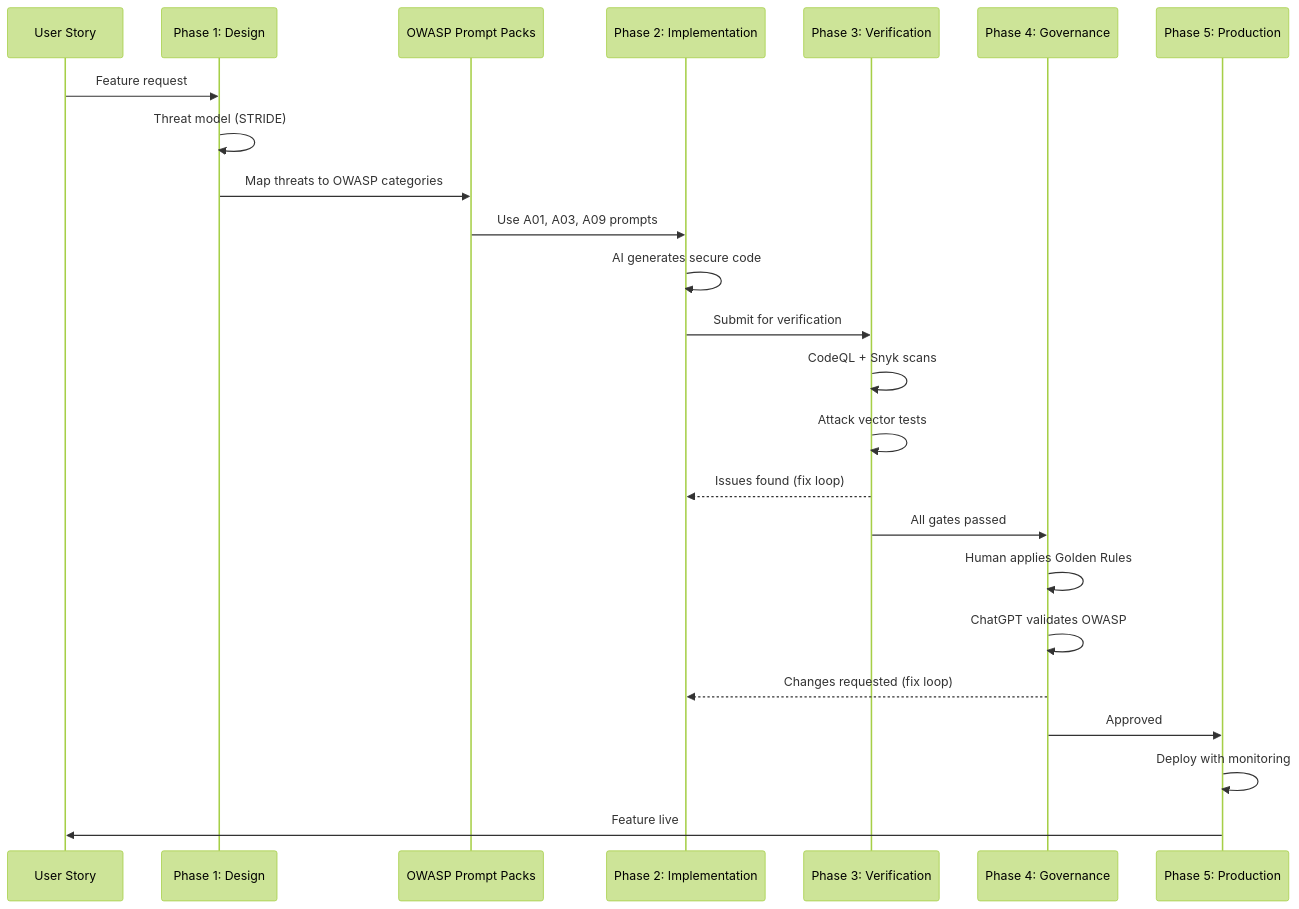
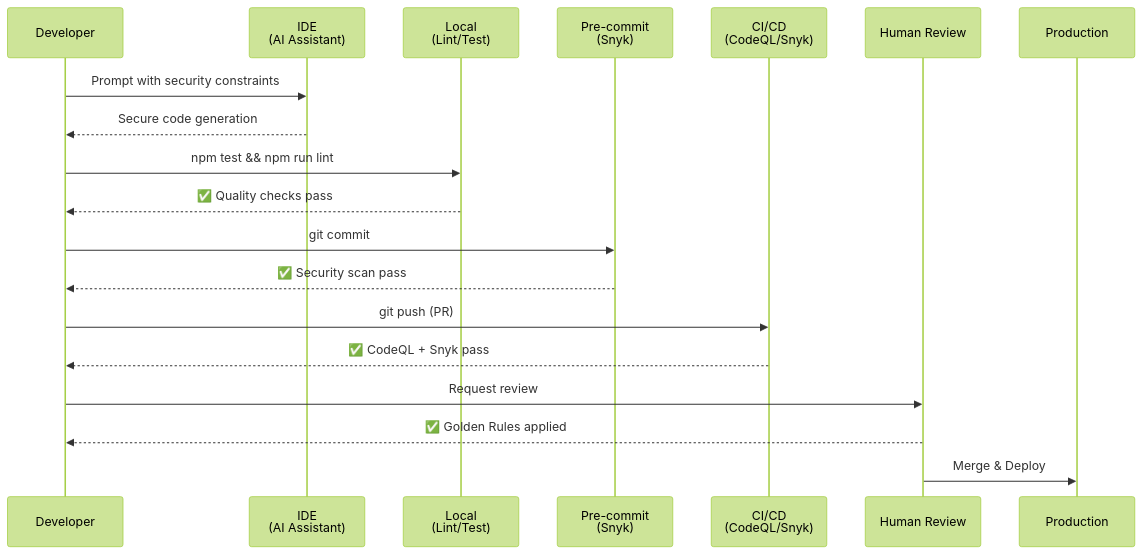
Before and after one commit to AliceNN-ucdenver/MaintainabilityAI: the second of 2 diagrams in site-tw/public/docs/framework.md, drawn with Mermaid (forest theme). The commit also changed other lines of this file and 11 other files, not shown here.

Commit message:
update links and add threat model

````diff
--- a/site-tw/public/docs/framework.md
+++ b/site-tw/public/docs/framework.md
@@ -821,31 +174,22 @@
 ```mermaid
 sequenceDiagram
-    participant User as User Story
-    participant Design as Phase 1: Design
-    participant OWASP as OWASP Prompt Packs
-    participant Impl as Phase 2: Implementation
-    participant Verify as Phase 3: Verification
-    participant Gov as Phase 4: Governance
-    participant Prod as Phase 5: Production
+    participant Dev as Developer
+    participant IDE as IDE<br/>(AI Assistant)
+    participant Local as Local<br/>(Lint/Test)
+    participant Git as Pre-commit<br/>(Snyk)
+    participant CI as CI/CD<br/>(CodeQL/Snyk)
+    participant Human as Human Review
+    participant Prod as Production
 
-    User->>Design: Feature request
-    Design->>Design: Threat model (STRIDE)
-    Design->>OWASP: Map threats to OWASP categories
-
-    OWASP->>Impl: Use A01, A03, A09 prompts
-    Impl->>Impl: AI generates secure code
-    Impl->>Verify: Submit for verification
-
-    Verify->>Verify: CodeQL + Snyk scans
-    Verify->>Verify: Attack vector tests
-    Verify-->>Impl: Issues found (fix loop)
-    Verify->>Gov: All gates passed
-
-    Gov->>Gov: Human applies Golden Rules
-    Gov->>Gov: ChatGPT validates OWASP
-    Gov-->>Impl: Changes requested (fix loop)
-    Gov->>Prod: Approved
-
-    Prod->>Prod: Deploy with monitoring
-    Prod->>User: Feature live
+    Dev->>IDE: Prompt with security constraints
+    IDE-->>Dev: Secure code generation
+    Dev->>Local: npm test && npm run lint
+    Local-->>Dev: ✅ Quality checks pass
+    Dev->>Git: git commit
+    Git-->>Dev: ✅ Security scan pass
+    Dev->>CI: git push (PR)
+    CI-->>Dev: ✅ CodeQL + Snyk pass
+    Dev->>Human: Request review
+    Human-->>Dev: ✅ Golden Rules applied
+    Human->>Prod: Merge & Deploy
 ```
````
